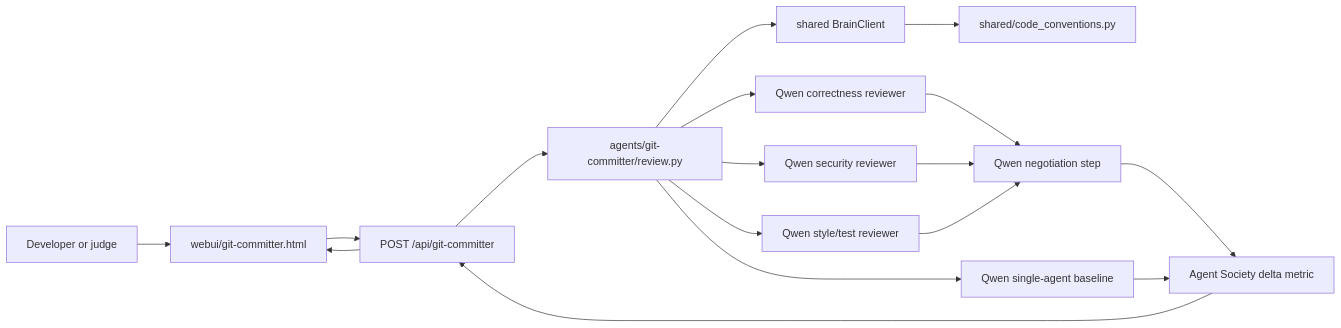
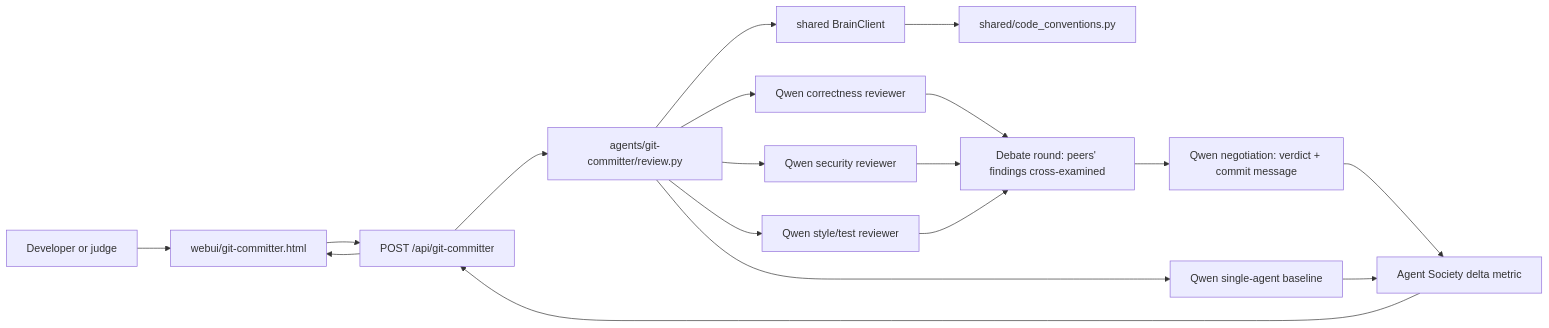
The diagram in docs/architecture/git-committer-track3.md (CBK47/qwen-agent-collective), drawn with Mermaid before and after one commit. The commit also changed other lines of this file and 12 other files, not shown here.

````diff
--- a/docs/architecture/git-committer-track3.md
+++ b/docs/architecture/git-committer-track3.md
@@ -20,19 +22,20 @@
 ```mermaid
 flowchart LR
     User[Developer or judge] --> WebUI[webui/git-committer.html]
     WebUI --> API[POST /api/git-committer]
     API --> CLI[agents/git-committer/review.py]
     CLI --> Brain[shared BrainClient]
     Brain --> Conventions[shared/code_conventions.py]
     CLI --> C[Qwen correctness reviewer]
     CLI --> S[Qwen security reviewer]
     CLI --> T[Qwen style/test reviewer]
-    C --> N[Qwen negotiation step]
-    S --> N
-    T --> N
+    C --> D[Debate round: peers' findings cross-examined]
+    S --> D
+    T --> D
+    D --> N[Qwen negotiation: verdict + commit message]
     CLI --> B[Qwen single-agent baseline]
     N --> Metric[Agent Society delta metric]
     B --> Metric
     Metric --> API
     API --> WebUI
 ```
````
